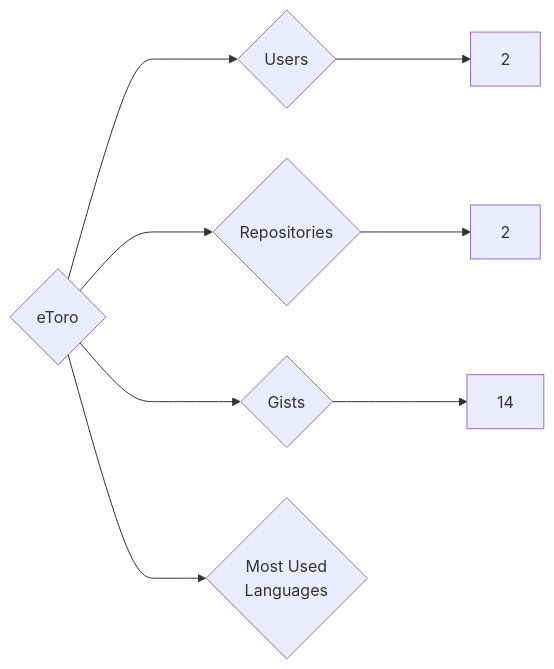
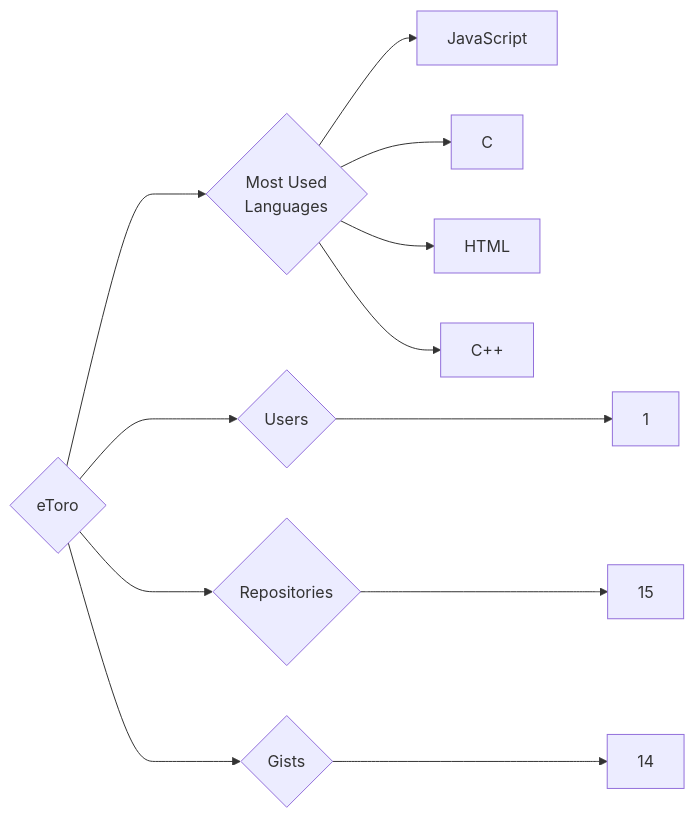
Before and after one commit to trickest/insiders: the diagram in targets/eToro/README.md, drawn with Mermaid. The commit also changed 873 other files, not shown here.

````diff
--- a/targets/eToro/README.md
+++ b/targets/eToro/README.md
@@ -3,8 +3,12 @@
 ```mermaid
 graph LR
 COMPANY_NAME{eToro}
-COMPANY_NAME ---> U{Users} ---> UN[2]
-COMPANY_NAME ---> R{Repositories} ---> RN[2]
+COMPANY_NAME ---> U{Users} ---> UN[1]
+COMPANY_NAME ---> R{Repositories} ---> RN[15]
 COMPANY_NAME ---> G{Gists} ---> GN[14]
 COMPANY_NAME ---> ML{Most Used<br>Languages}
+ML --> JavaScript[JavaScript]
+ML --> C[C]
+ML --> HTML[HTML]
+ML --> C++[C++]
 ```
````
